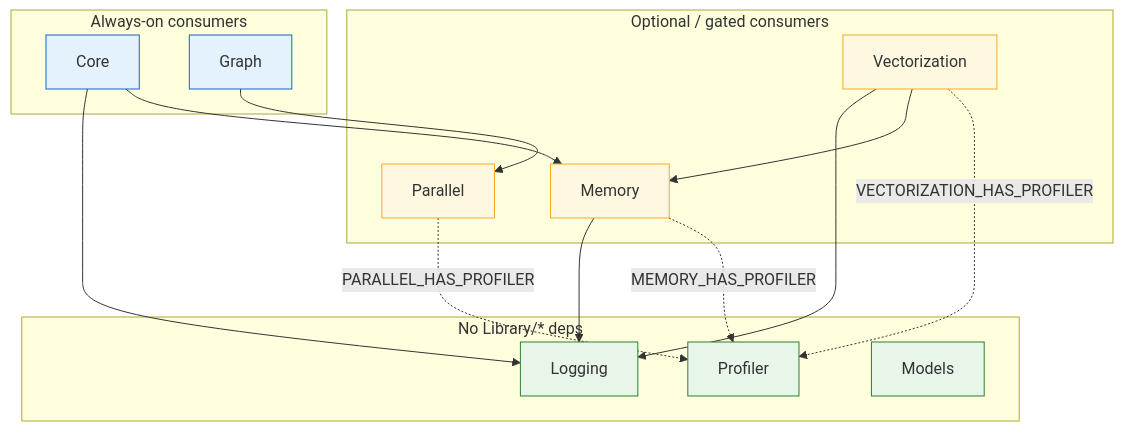
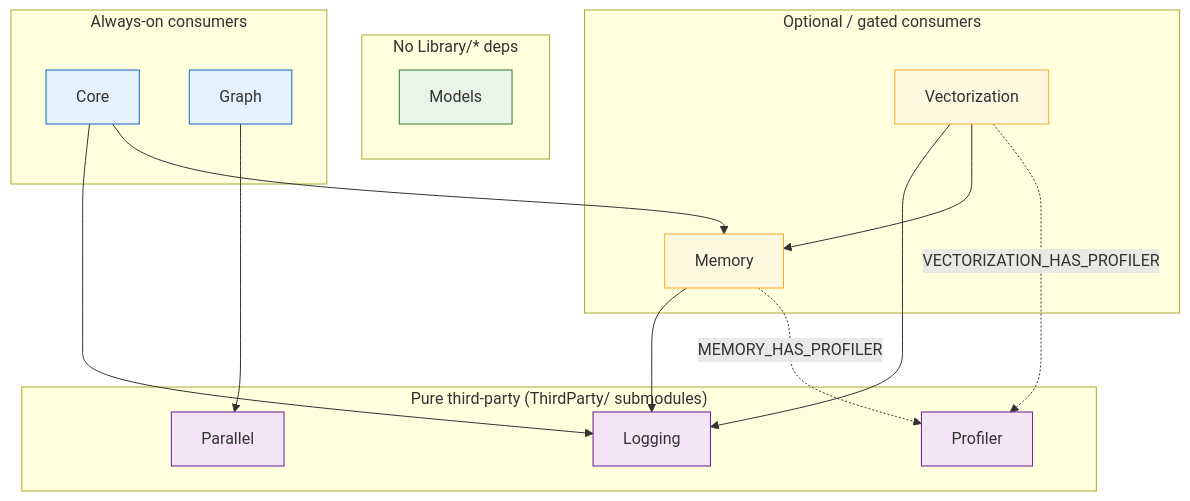
One commit to KhwarizmiAnalytix/XSigma changed the first of 5 diagrams in Docs/PROJECT_DEPENDENCIES.md. Above: the diagram before and after it, drawn with Mermaid. The commit also changed other lines of this file and 100 other files, not shown here.

First line of the commit message:
Vendor Logging and Parallel as ThirdParty instead of keeping them in-tree.

````diff
--- a/Docs/PROJECT_DEPENDENCIES.md
+++ b/Docs/PROJECT_DEPENDENCIES.md
@@ -21,36 +31,40 @@
 ```mermaid
 flowchart TB
+  subgraph thirdparty["Pure third-party (ThirdParty/ submodules)"]
+    Logging
+    Parallel
+    Profiler
+  end
+
   subgraph foundations["No Library/* deps"]
-    Logging
-    Profiler
     Models
   end
 
   subgraph mid["Optional / gated consumers"]
     Memory
-    Parallel
     Vectorization
   end
 
   subgraph top["Always-on consumers"]
     Core
     Graph
   end
 
   Memory --> Logging
   Memory -.->|MEMORY_HAS_PROFILER| Profiler
-  Parallel -.->|PARALLEL_HAS_PROFILER| Profiler
   Vectorization --> Logging
   Vectorization --> Memory
   Vectorization -.->|VECTORIZATION_HAS_PROFILER| Profiler
   Core --> Logging
   Core --> Memory
   Graph --> Parallel
 
+  classDef tp fill:#f3e5f5,stroke:#6a1b9a
   classDef leaf fill:#e8f5e9,stroke:#2e7d32
   classDef gated fill:#fff8e1,stroke:#f9a825
   classDef always fill:#e3f2fd,stroke:#1565c0
-  class Logging,Profiler,Models leaf
-  class Memory,Parallel,Vectorization gated
+  class Logging,Parallel,Profiler tp
+  class Models leaf
+  class Memory,Vectorization gated
   class Core,Graph always
 ```
````
